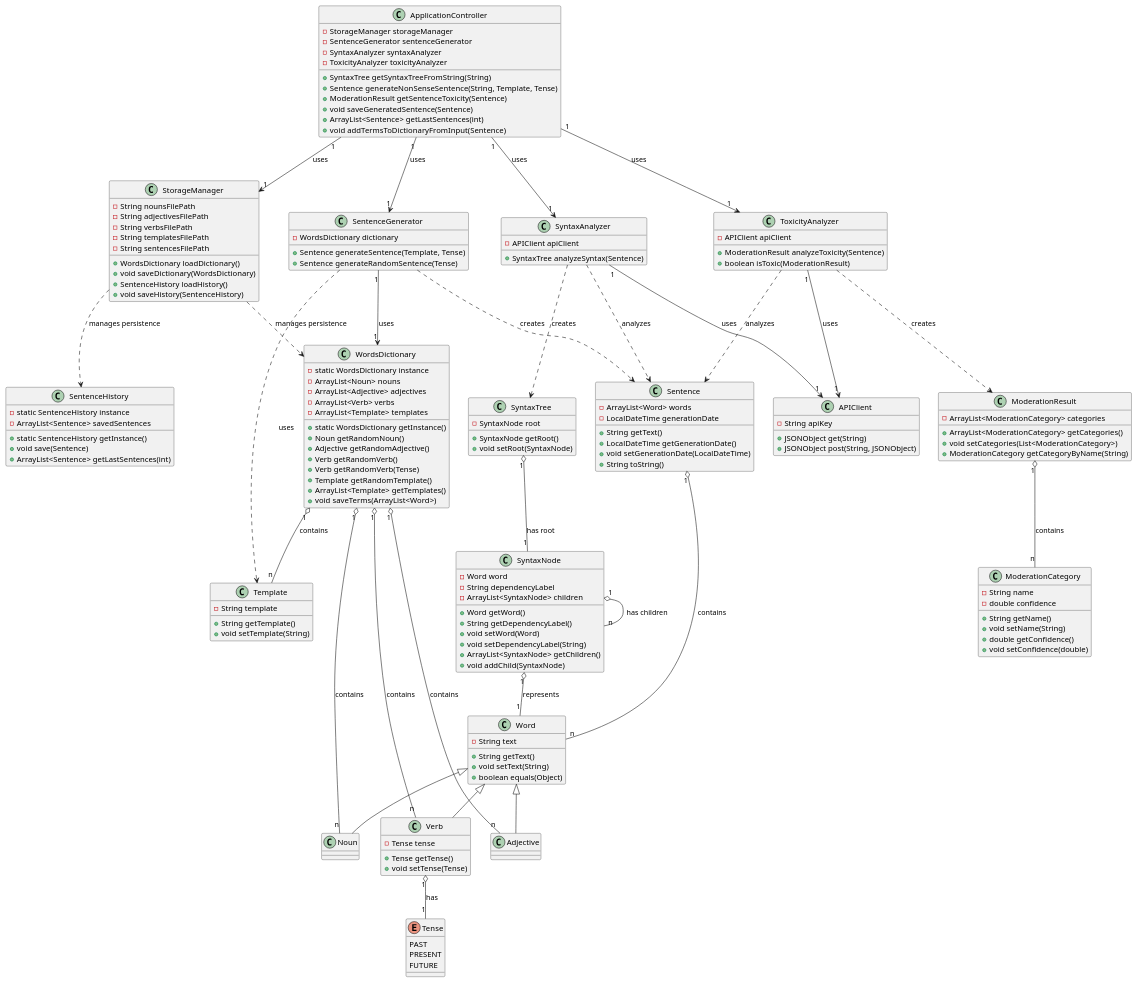
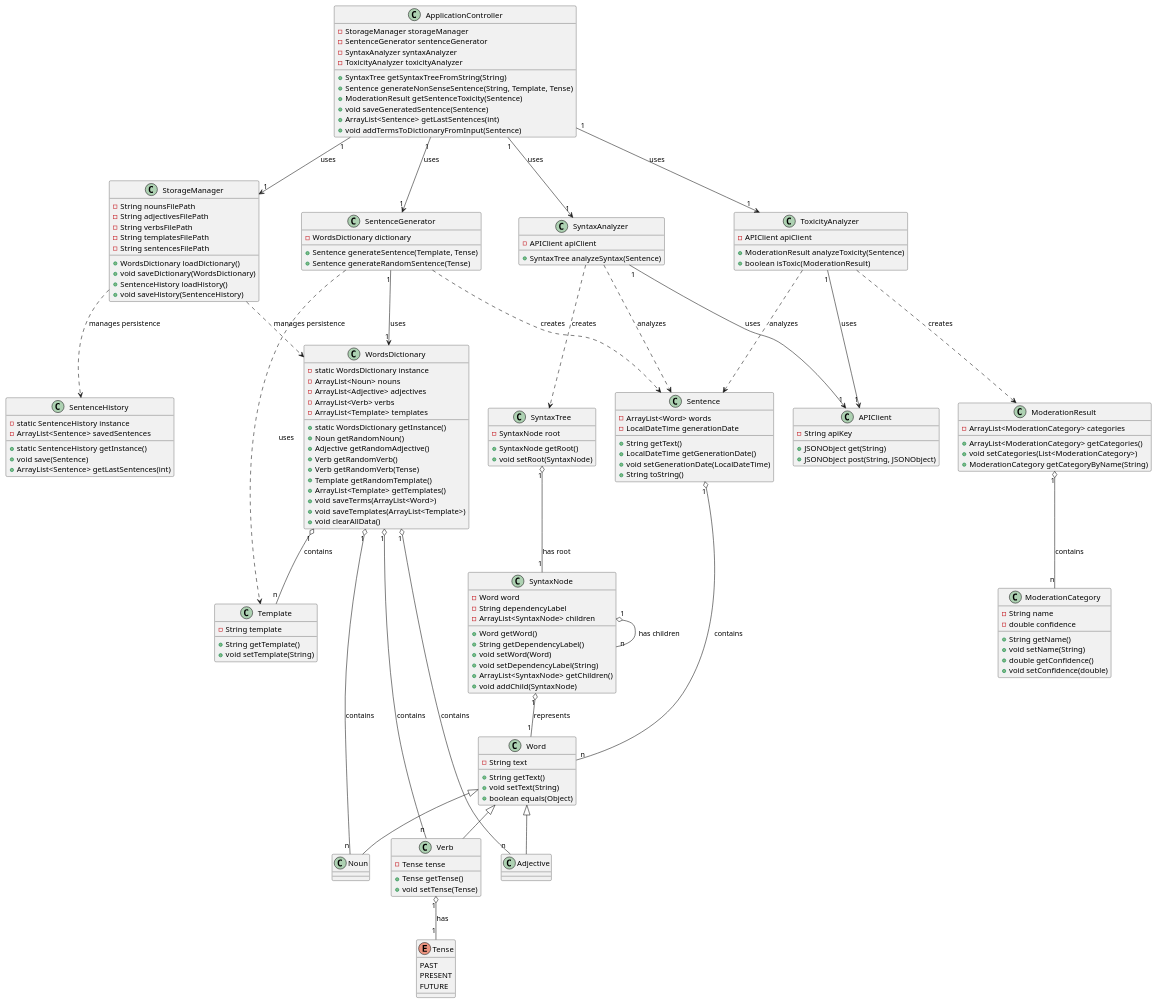
Before and after one commit to liamtoaldo/NonSenseGenerator: the diagram in docs/diagrams/classmodel.plantuml, drawn with PlantUML. The commit also changed 4 other files, not shown here.

```diff
--- a/docs/diagrams/classmodel.plantuml
+++ b/docs/diagrams/classmodel.plantuml
@@ -1,188 +1,190 @@
 @startuml
 
 class Sentence {
     -ArrayList<Word> words
     -LocalDateTime generationDate
     +String getText()
     +LocalDateTime getGenerationDate()
     +void setGenerationDate(LocalDateTime)
     +String toString()
 }
 
 enum Tense {
     PAST
     PRESENT
     FUTURE
 }
 
 class Word {
     -String text
     +String getText()
     +void setText(String)
     +boolean equals(Object)
 }
 
 class Noun extends Word {
 }
 
 class Adjective extends Word {
 }
 
 class Verb extends Word {
     -Tense tense
     +Tense getTense()
     +void setTense(Tense)
 }
 
 class Template {
     -String template
     +String getTemplate()
     +void setTemplate(String)
 }
 
 ' WordsDictionary usa Design Pattern: Singleton
 class WordsDictionary {
     -static WordsDictionary instance
     -ArrayList<Noun> nouns
     -ArrayList<Adjective> adjectives
     -ArrayList<Verb> verbs
     -ArrayList<Template> templates
     +static WordsDictionary getInstance()
     +Noun getRandomNoun()
     +Adjective getRandomAdjective()
     +Verb getRandomVerb()
     +Verb getRandomVerb(Tense)
     +Template getRandomTemplate()
     +ArrayList<Template> getTemplates()
     +void saveTerms(ArrayList<Word>)
+    +void saveTemplates(ArrayList<Template>)
+    +void clearAllData()
 }
 
 ' SentenceHistory usa Design Pattern: Singleton
 class SentenceHistory {
     -static SentenceHistory instance
     -ArrayList<Sentence> savedSentences
     +static SentenceHistory getInstance()
     +void save(Sentence)
     +ArrayList<Sentence> getLastSentences(int)
 }
 
 ' SentenceGenerator usa Design Pattern: Factory Method
 class SentenceGenerator {
     -WordsDictionary dictionary
     +Sentence generateSentence(Template, Tense)
     +Sentence generateRandomSentence(Tense)
 }
 
 ' StorageManager agisce come un Data Access Object (DAO) / Repository
 class StorageManager {
     -String nounsFilePath
     -String adjectivesFilePath
     -String verbsFilePath
     -String templatesFilePath
     -String sentencesFilePath
     +WordsDictionary loadDictionary()
     +void saveDictionary(WordsDictionary)
     +SentenceHistory loadHistory()
     +void saveHistory(SentenceHistory)
 }
 
 class APIClient {
     -String apiKey
     +JSONObject get(String)
     +JSONObject post(String, JSONObject)
 }
 
 ' SyntaxTree e SyntaxNode formano un pattern Composite
 class SyntaxTree {
     -SyntaxNode root
     +SyntaxNode getRoot()
     +void setRoot(SyntaxNode)
 }
 
 class SyntaxNode {
     -Word word
     -String dependencyLabel
     -ArrayList<SyntaxNode> children
     +Word getWord()
     +String getDependencyLabel()
     +void setWord(Word)
     +void setDependencyLabel(String)
     +ArrayList<SyntaxNode> getChildren()
     +void addChild(SyntaxNode)
 }
 
 class SyntaxAnalyzer {
     -APIClient apiClient
     +SyntaxTree analyzeSyntax(Sentence)
 }
 
 class ModerationCategory {
     -String name
     -double confidence
     +String getName()
     +void setName(String)
     +double getConfidence()
     +void setConfidence(double)
 }
 
 class ModerationResult {
     -ArrayList<ModerationCategory> categories
     +ArrayList<ModerationCategory> getCategories()
     +void setCategories(List<ModerationCategory>)
     +ModerationCategory getCategoryByName(String)
 }
 
 class ToxicityAnalyzer {
     -APIClient apiClient
     +ModerationResult analyzeToxicity(Sentence)
     +boolean isToxic(ModerationResult)
 }
 
 ' ApplicationController implementa il pattern Controller e il pattern Facade
 class ApplicationController {
     -StorageManager storageManager
     -SentenceGenerator sentenceGenerator
     -SyntaxAnalyzer syntaxAnalyzer
     -ToxicityAnalyzer toxicityAnalyzer
     +SyntaxTree getSyntaxTreeFromString(String)
     +Sentence generateNonSenseSentence(String, Template, Tense)
     +ModerationResult getSentenceToxicity(Sentence)
     +void saveGeneratedSentence(Sentence)
     +ArrayList<Sentence> getLastSentences(int)
     +void addTermsToDictionaryFromInput(Sentence)
 }
 
 Sentence "1" o-- "n" Word : contains 
 Verb "1" o-- "1" Tense : has 
 WordsDictionary "1" o-- "n" Noun : contains 
 WordsDictionary "1" o-- "n" Adjective : contains 
 WordsDictionary "1" o-- "n" Verb : contains 
 
 WordsDictionary "1" o-- "n" Template : contains 
 SentenceGenerator "1" --> "1" WordsDictionary : uses 
 SentenceGenerator ..> Template : uses 
 SentenceGenerator ..> Sentence : creates 
 
 SyntaxAnalyzer "1" --> "1" APIClient : uses
 SyntaxAnalyzer ..> Sentence : analyzes
 SyntaxAnalyzer ..> SyntaxTree : creates
 
 ToxicityAnalyzer "1" --> "1" APIClient : uses
 ToxicityAnalyzer ..> Sentence : analyzes
 ToxicityAnalyzer ..> ModerationResult : creates
 
 StorageManager ..> WordsDictionary : manages persistence
 StorageManager ..> SentenceHistory : manages persistence
 
 ModerationResult "1" o-- "n" ModerationCategory : contains
 
 SyntaxTree "1" o-- "1" SyntaxNode : has root
 SyntaxNode "1" o-- "1" Word : represents
 SyntaxNode "1" o-- "n" SyntaxNode : has children
 
 ApplicationController "1" --> "1" StorageManager : uses
 ApplicationController "1" --> "1" SentenceGenerator : uses
 ApplicationController "1" --> "1" SyntaxAnalyzer : uses
 ApplicationController "1" --> "1" ToxicityAnalyzer : uses
 
 @enduml
```
